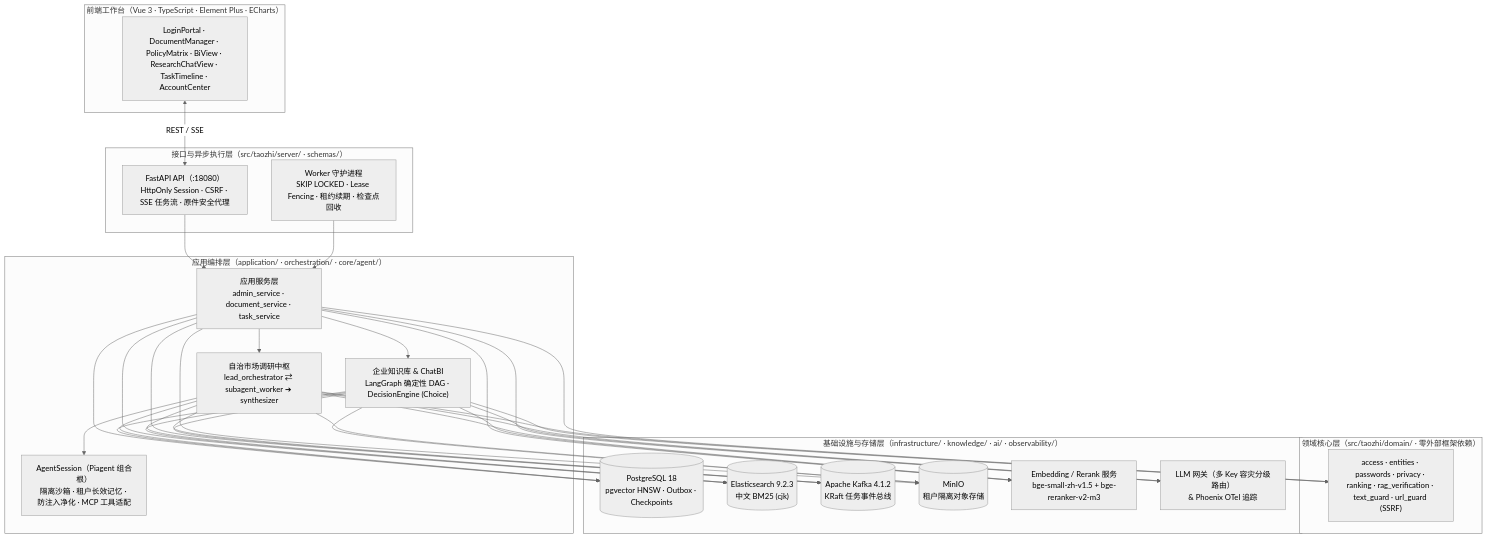
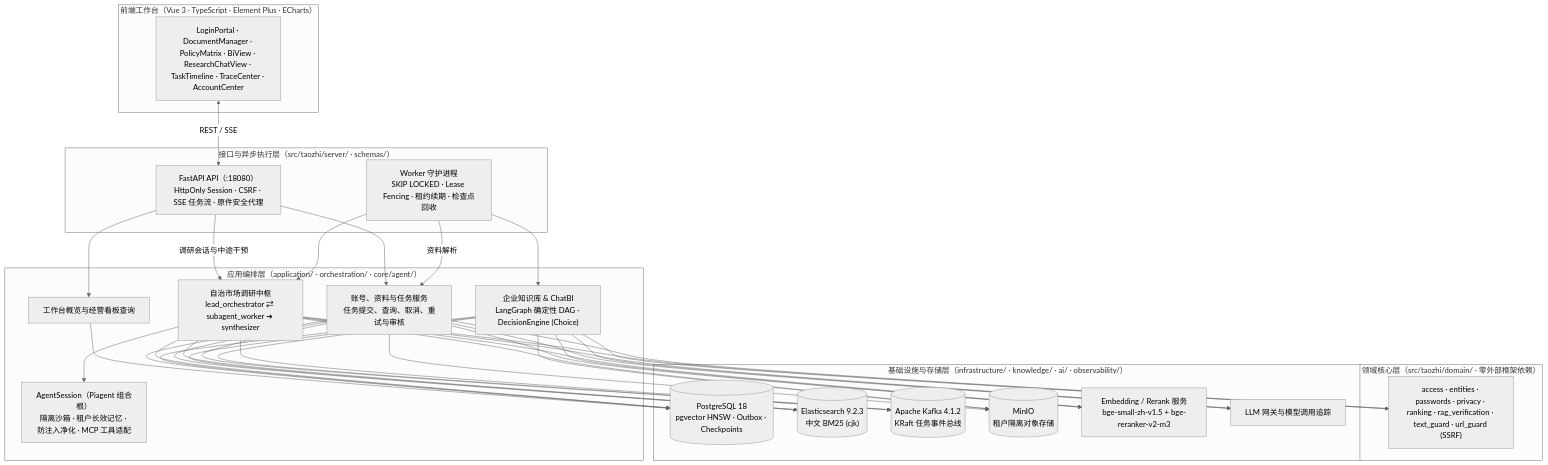
Before and after one commit to SenpeWang/TaoZhi-EcomAgent: the first of 2 diagrams in README.md, drawn with Mermaid (neutral theme). The commit also changed other lines of this file and 5 other files, not shown here.

````diff
--- a/README.md
+++ b/README.md
@@ -43,39 +43,42 @@
 ```mermaid
 flowchart TB
     subgraph Client["前端工作台（Vue 3 · TypeScript · Element Plus · ECharts）"]
-        UI["LoginPortal · DocumentManager · PolicyMatrix · BiView · ResearchChatView · TaskTimeline · AccountCenter"]
+        UI["LoginPortal · DocumentManager · PolicyMatrix · BiView · ResearchChatView · TaskTimeline · TraceCenter · AccountCenter"]
     end
 
     subgraph Interface["接口与异步执行层（src/taozhi/server/ · schemas/）"]
         API["FastAPI API（:18080）<br>HttpOnly Session · CSRF · SSE 任务流 · 原件安全代理"]
         Worker["Worker 守护进程<br>SKIP LOCKED · Lease Fencing · 租约续期 · 检查点回收"]
     end
 
     subgraph App["应用编排层（application/ · orchestration/ · core/agent/）"]
-        Services["应用服务层<br>admin_service · document_service · task_service"]
+        Services["账号、资料与任务服务<br>任务提交、查询、取消、重试与审核"]
+        Dashboard["工作台概览与经营看板查询"]
         KB["企业知识库 & ChatBI<br>LangGraph 确定性 DAG · DecisionEngine (Choice)"]
         Research["自治市场调研中枢<br>lead_orchestrator ⇄ subagent_worker ➔ synthesizer"]
         Session["AgentSession（Piagent 组合根）<br>隔离沙箱 · 租户长效记忆 · 防注入净化 · MCP 工具适配"]
     end
 
     subgraph Domain["领域核心层（src/taozhi/domain/ · 零外部框架依赖）"]
         Rules["access · entities · passwords · privacy · ranking · rag_verification · text_guard · url_guard (SSRF)"]
     end
 
     subgraph Infra["基础设施与存储层（infrastructure/ · knowledge/ · ai/ · observability/）"]
         PG[("PostgreSQL 18<br>pgvector HNSW · Outbox · Checkpoints")]
         ES[("Elasticsearch 9.2.3<br>中文 BM25 (cjk)")]
         Kafka[("Apache Kafka 4.1.2<br>KRaft 任务事件总线")]
         MinIO[("MinIO<br>租户隔离对象存储")]
         Embed["Embedding / Rerank 服务<br>bge-small-zh-v1.5 + bge-reranker-v2-m3"]
-        LLM["LLM 网关（多 Key 容灾分级路由）<br>& Phoenix OTel 追踪"]
+        LLM["LLM 网关与模型调用追踪"]
     end
 
     UI <-->|REST / SSE| API
-    API --> Services
-    Worker --> Services
-    Services --> KB & Research
+    API --> Services & Dashboard
+    API -->|调研会话与中途干预| Research
+    Worker -->|资料解析| Services
+    Worker --> KB & Research
+    Dashboard --> PG
     Research --> Session
     KB & Research & Services --> Rules
     Services & KB & Research --> PG & ES & Kafka & MinIO & Embed & LLM
 ```
````
